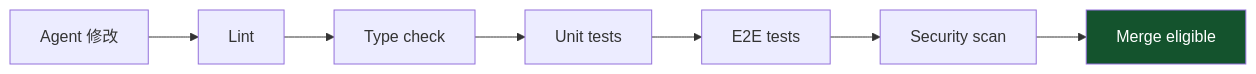
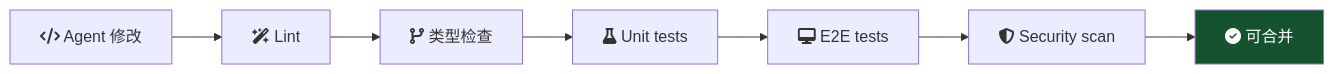
The third of 5 diagrams in content/zh-cn/ideas/agent-loops.mdx (nelson-o/nelson-o.github.io), drawn with Mermaid before and after one commit. The commit also changed other lines of this file and 3 other files, not shown here.

````diff
--- a/content/zh-cn/ideas/agent-loops.mdx
+++ b/content/zh-cn/ideas/agent-loops.mdx
@@ -178,11 +178,11 @@
 ```mermaid
 flowchart LR
-  A["Agent 修改"] --> B["Lint"]
-  B --> C["Type check"]
-  C --> D["Unit tests"]
-  D --> E["E2E tests"]
-  E --> F["Security scan"]
-  F --> G["Merge eligible"]
+  A["fa:fa-code Agent 修改"] --> B["fa:fa-wand-magic-sparkles Lint"]
+  B --> C["fa:fa-code-branch 类型检查"]
+  C --> D["fa:fa-flask Unit tests"]
+  D --> E["fa:fa-desktop E2E tests"]
+  E --> F["fa:fa-shield-halved Security scan"]
+  F --> G["fa:fa-circle-check 可合并"]
 
   style G fill:#14532d,color:#fff
 ```
````
